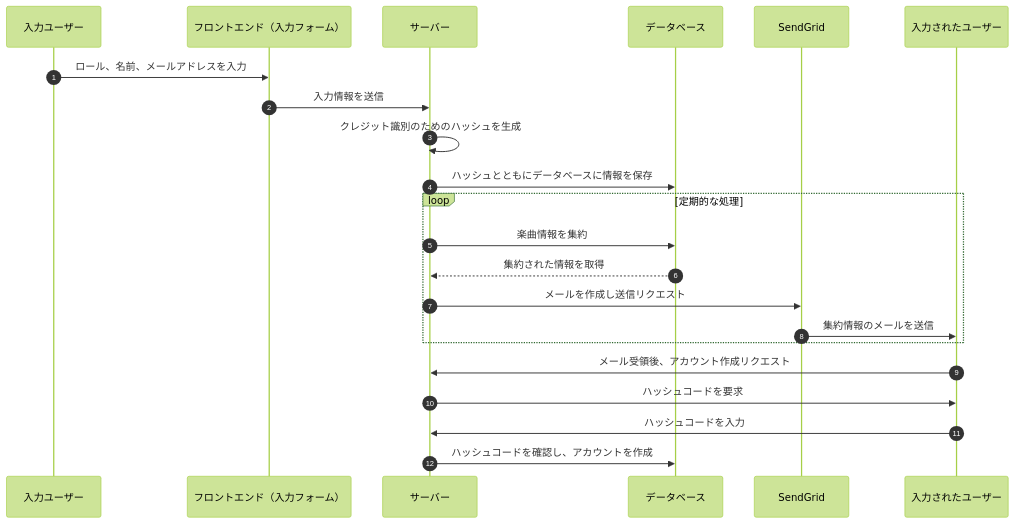
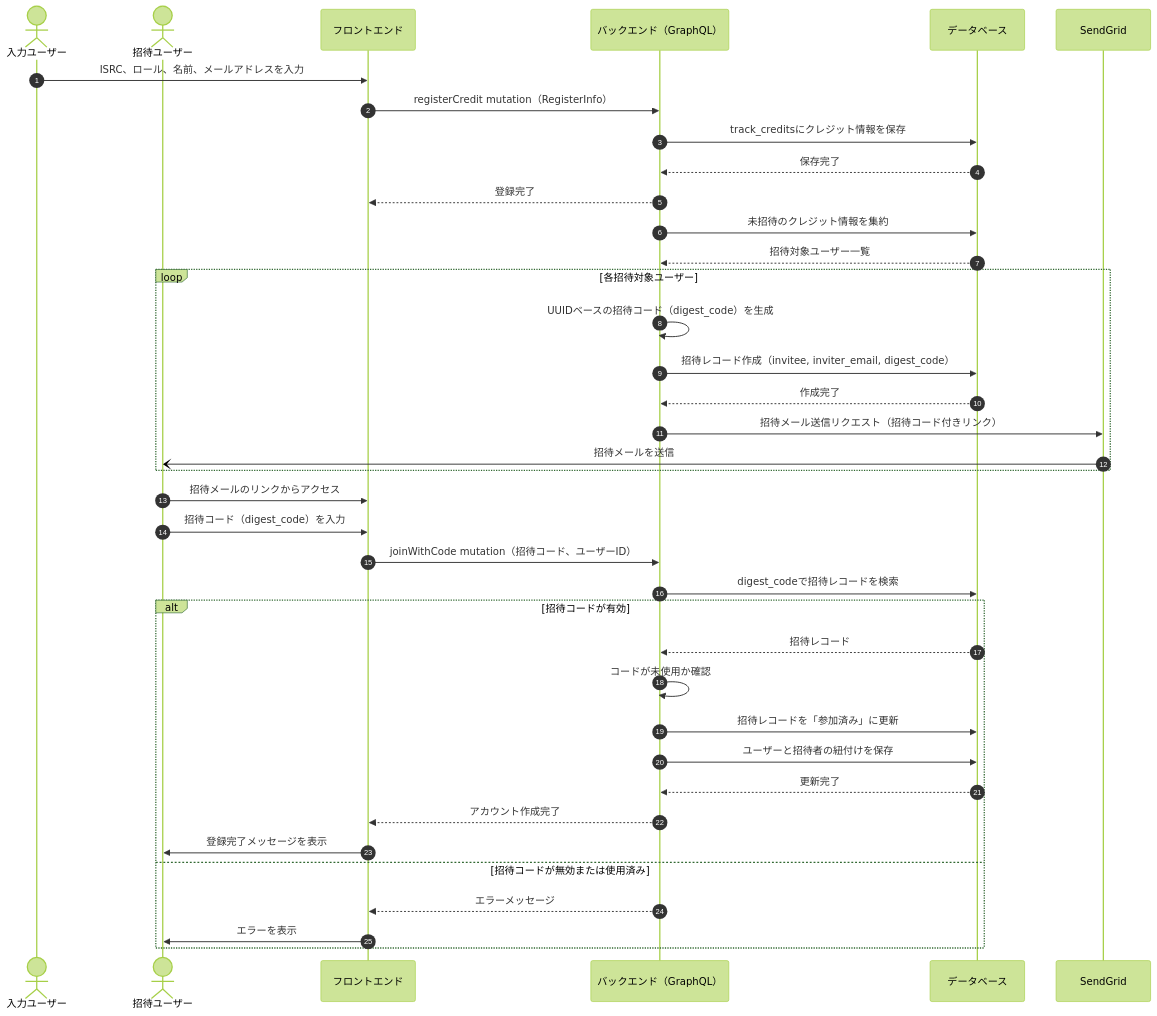
Diagram 12 of 13 in docs/sequence-diagrams.md (sc-hosokawa/frienda), drawn with Mermaid (forest theme) before and after one commit. The commit also changed other lines of this file, not shown here.

First line of the commit message:
docs: ソースコードの実装に基づいてシーケンス図を全面修正

````diff
--- a/docs/sequence-diagrams.md
+++ b/docs/sequence-diagrams.md
@@ -474,28 +524,49 @@
 ```mermaid
 sequenceDiagram
     autonumber
 
-    participant InputUser as 入力ユーザー
-    participant Frontend as フロントエンド（入力フォーム）
-    participant Server as サーバー
-    participant DB as データベース
-    participant Email as SendGrid
-    participant TargetUser as 入力されたユーザー
+    actor 入力ユーザー
+    actor 招待ユーザー
+    participant フロントエンド
+    participant バックエンド as バックエンド（GraphQL）
+    participant データベース
+    participant SendGrid
 
-    InputUser ->> Frontend: ロール、名前、メールアドレスを入力
-    Frontend ->> Server: 入力情報を送信
-    Server ->> Server: クレジット識別のためのハッシュを生成
-    Server ->> DB: ハッシュとともにデータベースに情報を保存
+    %% クレジット情報登録
+    入力ユーザー->>フロントエンド: ISRC、ロール、名前、メールアドレスを入力
+    フロントエンド->>バックエンド: registerCredit mutation（RegisterInfo）
+    バックエンド->>データベース: track_creditsにクレジット情報を保存
+    データベース-->>バックエンド: 保存完了
+    バックエンド-->>フロントエンド: 登録完了
 
-    loop 定期的な処理
-        Server ->> DB: 楽曲情報を集約
-        DB -->> Server: 集約された情報を取得
-        Server ->> Email: メールを作成し送信リクエスト
-        Email ->> TargetUser: 集約情報のメールを送信
+    %% 招待処理
+    バックエンド->>データベース: 未招待のクレジット情報を集約
+    データベース-->>バックエンド: 招待対象ユーザー一覧
+
+    loop 各招待対象ユーザー
+        バックエンド->>バックエンド: UUIDベースの招待コード（digest_code）を生成
+        バックエンド->>データベース: 招待レコード作成（invitee, inviter_email, digest_code）
+        データベース-->>バックエンド: 作成完了
+        バックエンド->>SendGrid: 招待メール送信リクエスト（招待コード付きリンク）
+        SendGrid-)招待ユーザー: 招待メールを送信
     end
 
-    TargetUser ->> Server: メール受領後、アカウント作成リクエスト
-    Server ->> TargetUser: ハッシュコードを要求
-    TargetUser ->> Server: ハッシュコードを入力
-    Server ->> DB: ハッシュコードを確認し、アカウントを作成
+    %% アカウント作成
+    招待ユーザー->>フロントエンド: 招待メールのリンクからアクセス
+    招待ユーザー->>フロントエンド: 招待コード（digest_code）を入力
+    フロントエンド->>バックエンド: joinWithCode mutation（招待コード、ユーザーID）
+
+    バックエンド->>データベース: digest_codeで招待レコードを検索
+    alt 招待コードが有効
+        データベース-->>バックエンド: 招待レコード
+        バックエンド->>バックエンド: コードが未使用か確認
+        バックエンド->>データベース: 招待レコードを「参加済み」に更新
+        バックエンド->>データベース: ユーザーと招待者の紐付けを保存
+        データベース-->>バックエンド: 更新完了
+        バックエンド-->>フロントエンド: アカウント作成完了
+        フロントエンド->>招待ユーザー: 登録完了メッセージを表示
+    else 招待コードが無効または使用済み
+        バックエンド-->>フロントエンド: エラーメッセージ
+        フロントエンド->>招待ユーザー: エラーを表示
+    end
 ```
````
